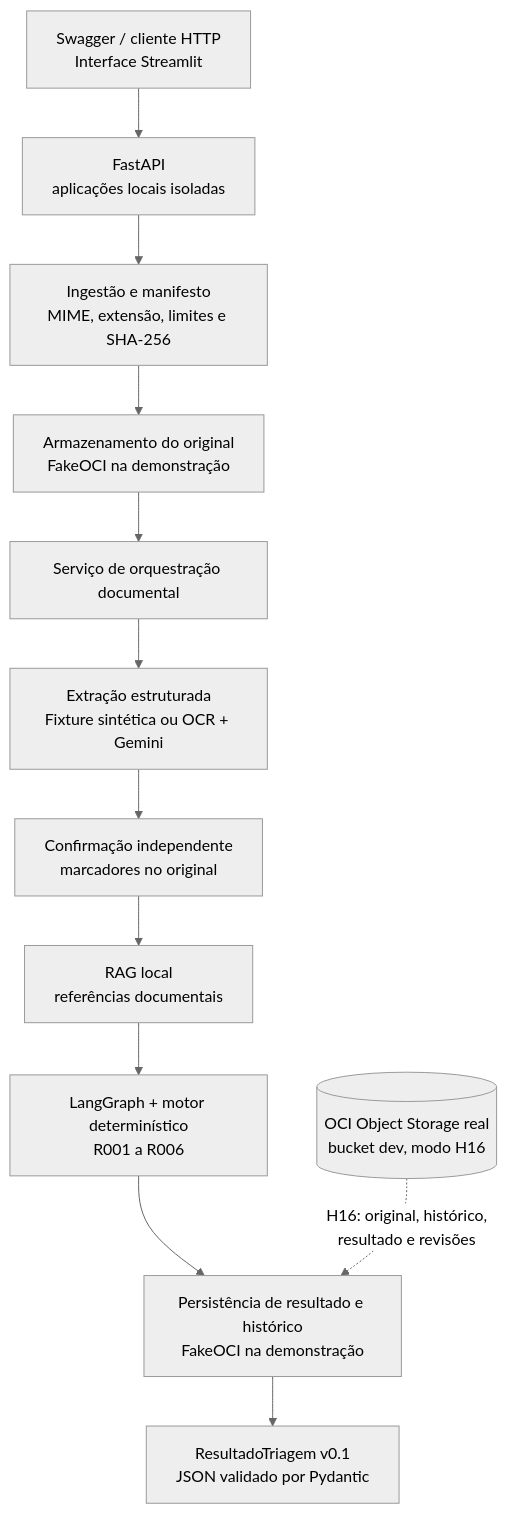
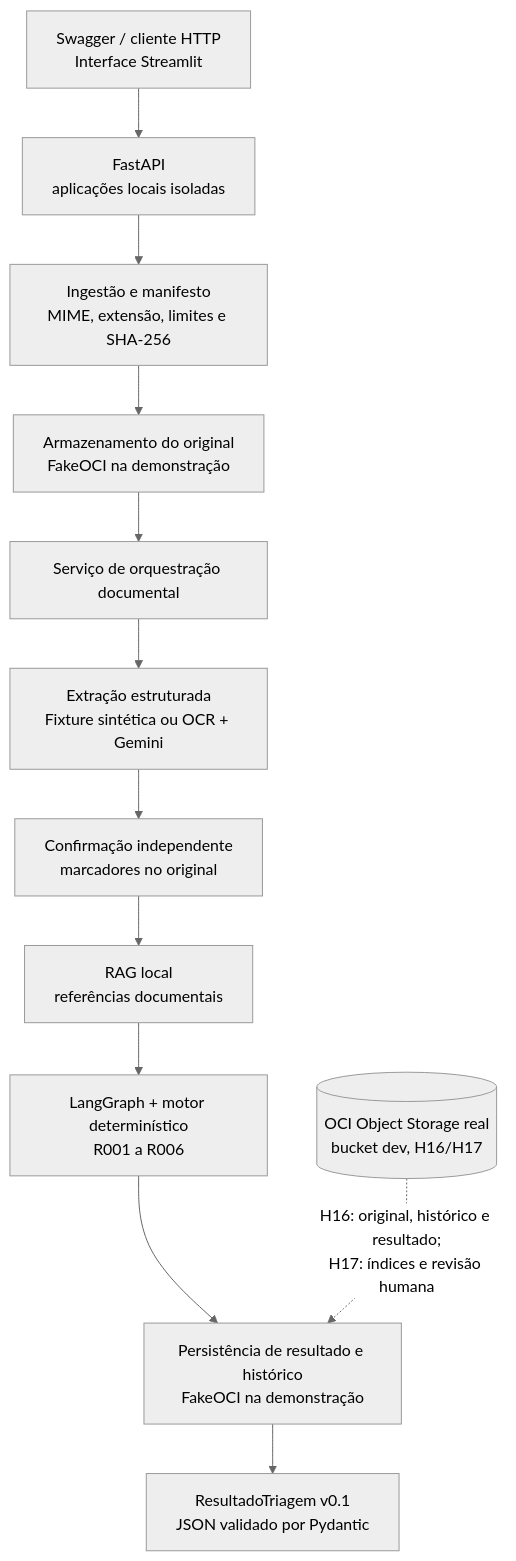
One commit to No-Country-simulation/G10-BRASIL-EQUIPO17 changed the first of 2 diagrams in README.md. Above: the diagram before and after it, drawn with Mermaid (neutral theme). The commit also changed other lines of this file and 2 other files, not shown here.

Commit message:
docs(h17): consolidar homologacao OCI real e entrega

````diff
--- a/README.md
+++ b/README.md
@@ -55,14 +55,14 @@
 ```mermaid
 flowchart TB
     CLI["Swagger / cliente HTTP<br/>Interface Streamlit"] --> API["FastAPI<br/>aplicações locais isoladas"]
     API --> ING["Ingestão e manifesto<br/>MIME, extensão, limites e SHA-256"]
     ING --> STORAGE["Armazenamento do original<br/>FakeOCI na demonstração"]
     STORAGE --> ORCH["Serviço de orquestração documental"]
     ORCH --> EXTR["Extração estruturada<br/>Fixture sintética ou OCR + Gemini"]
     EXTR --> CONF["Confirmação independente<br/>marcadores no original"]
     CONF --> RAG["RAG local<br/>referências documentais"]
     RAG --> GRAPH["LangGraph + motor determinístico<br/>R001 a R006"]
     GRAPH --> PERSIST["Persistência de resultado e histórico<br/>FakeOCI na demonstração"]
     PERSIST --> JSON["ResultadoTriagem v0.1<br/>JSON validado por Pydantic"]
-    OCI[("OCI Object Storage real<br/>bucket dev, modo H16")] -.->|H16: original, histórico,<br/>resultado e revisões| PERSIST
+    OCI[("OCI Object Storage real<br/>bucket dev, H16/H17")] -.->|H16: original, histórico e resultado;<br/>H17: índices e revisão humana| PERSIST
 ```
````
